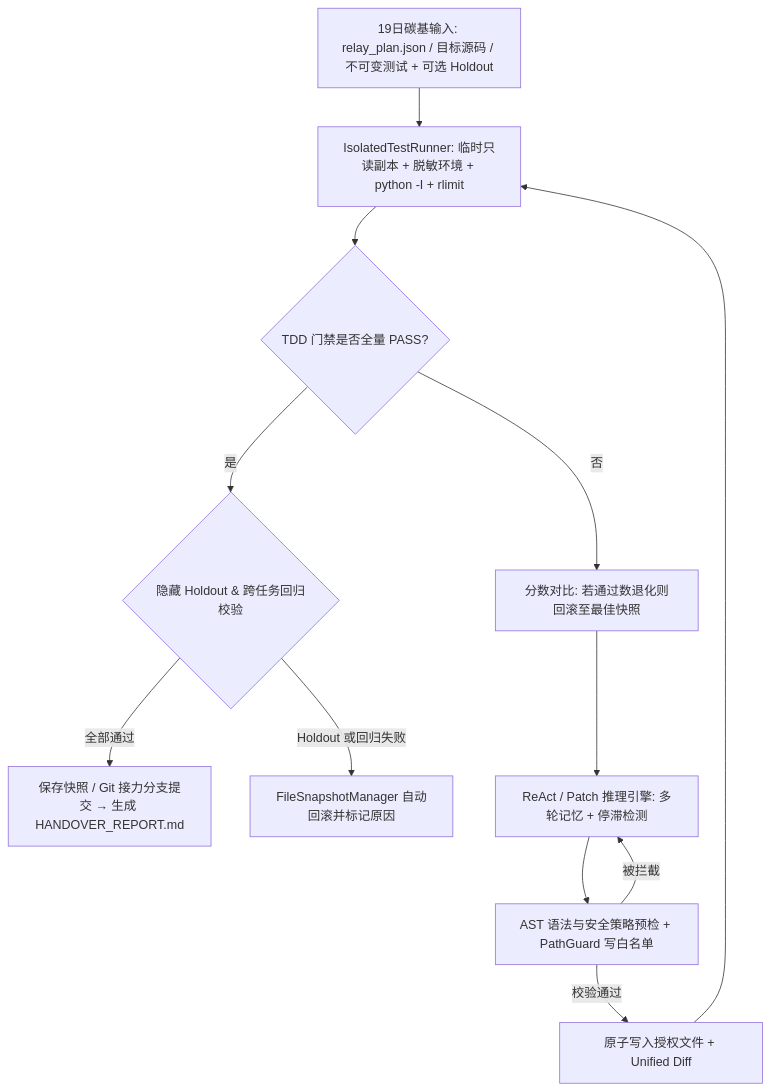
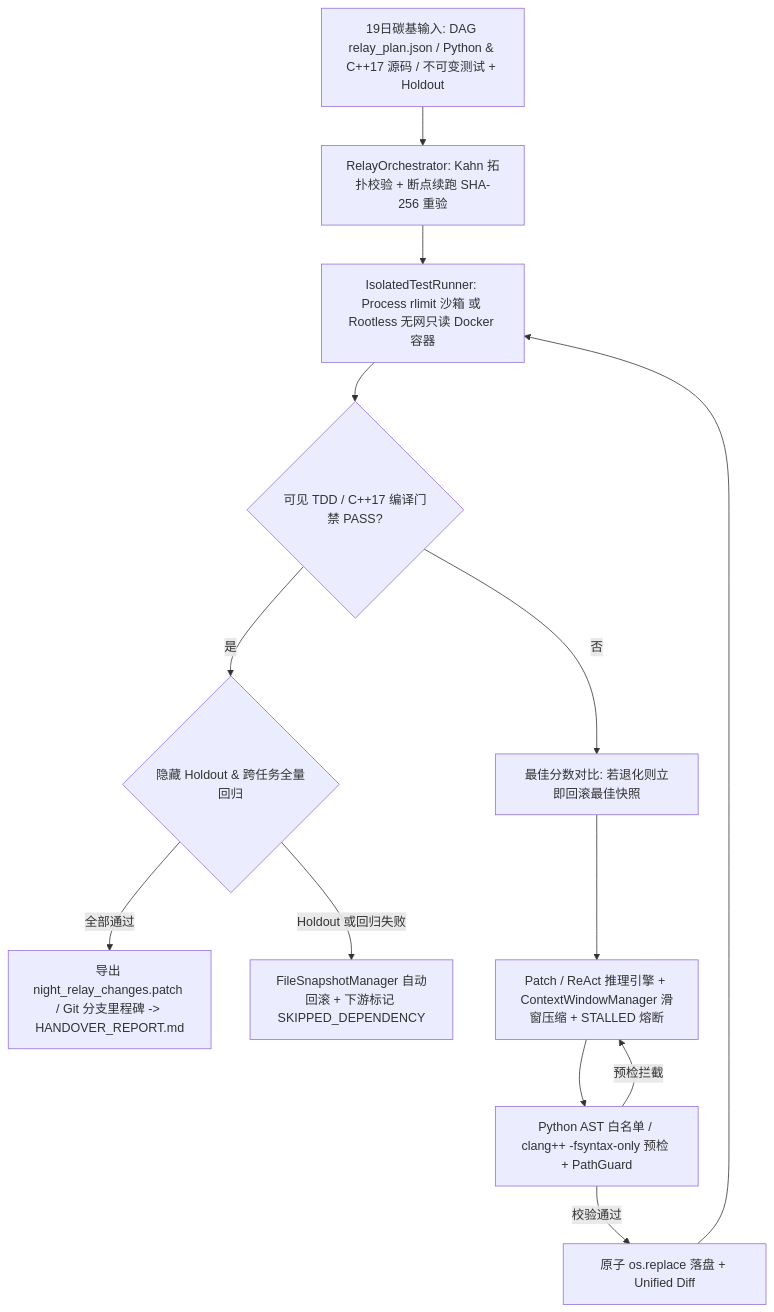
Before and after one commit to aarchyyy/autonomous-code-agent: the diagram in README.md, drawn with Mermaid. The commit also changed other lines of this file and 28 other files, not shown here.

Commit message:
feat: complete ACS-Agent with Docker sandbox, C++17 compile gate, DAG/resume relay, context compaction, and red-team eval

````diff
--- a/README.md
+++ b/README.md
@@ -45,14 +47,15 @@
 ```mermaid
 flowchart TD
-    A["19日碳基输入: relay_plan.json / 目标源码 / 不可变测试 + 可选 Holdout"] --> B["IsolatedTestRunner: 临时只读副本 + 脱敏环境 + python -I + rlimit"]
-    B --> C{"TDD 门禁是否全量 PASS?"}
-    C -- "是" --> D{"隐藏 Holdout & 跨任务回归校验"}
-    D -- "全部通过" --> E["保存快照 / Git 接力分支提交 → 生成 HANDOVER_REPORT.md"]
-    D -- "Holdout 或回归失败" --> F["FileSnapshotManager 自动回滚并标记原因"]
-    C -- "否" --> G["分数对比: 若通过数退化则回滚至最佳快照"]
-    G --> H["ReAct / Patch 推理引擎: 多轮记忆 + 停滞检测"]
-    H --> I["AST 语法与安全策略预检 + PathGuard 写白名单"]
-    I -- "校验通过" --> J["原子写入授权文件 + Unified Diff"]
-    I -- "被拦截" --> H
-    J --> B
+    A["19日碳基输入: DAG relay_plan.json / Python & C++17 源码 / 不可变测试 + Holdout"] --> B["RelayOrchestrator: Kahn 拓扑校验 + 断点续跑 SHA-256 重验"]
+    B --> C["IsolatedTestRunner: Process rlimit 沙箱 或 Rootless 无网只读 Docker 容器"]
+    C --> D{"可见 TDD / C++17 编译门禁 PASS?"}
+    D -- "是" --> E{"隐藏 Holdout & 跨任务全量回归"}
+    E -- "全部通过" --> F["导出 night_relay_changes.patch / Git 分支里程碑 -> HANDOVER_REPORT.md"]
+    E -- "Holdout 或回归失败" --> G["FileSnapshotManager 自动回滚 + 下游标记 SKIPPED_DEPENDENCY"]
+    D -- "否" --> H["最佳分数对比: 若退化则立即回滚最佳快照"]
+    H --> I["Patch / ReAct 推理引擎 + ContextWindowManager 滑窗压缩 + STALLED 熔断"]
+    I --> J["Python AST 白名单 / clang++ -fsyntax-only 预检 + PathGuard"]
+    J -- "校验通过" --> K["原子 os.replace 落盘 + Unified Diff"]
+    J -- "预检拦截" --> I
+    K --> C
 ```
````
